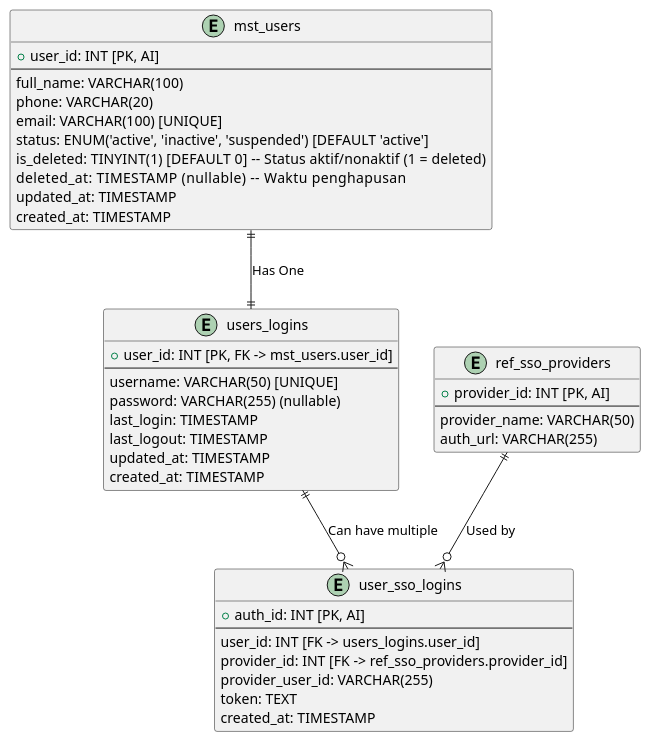
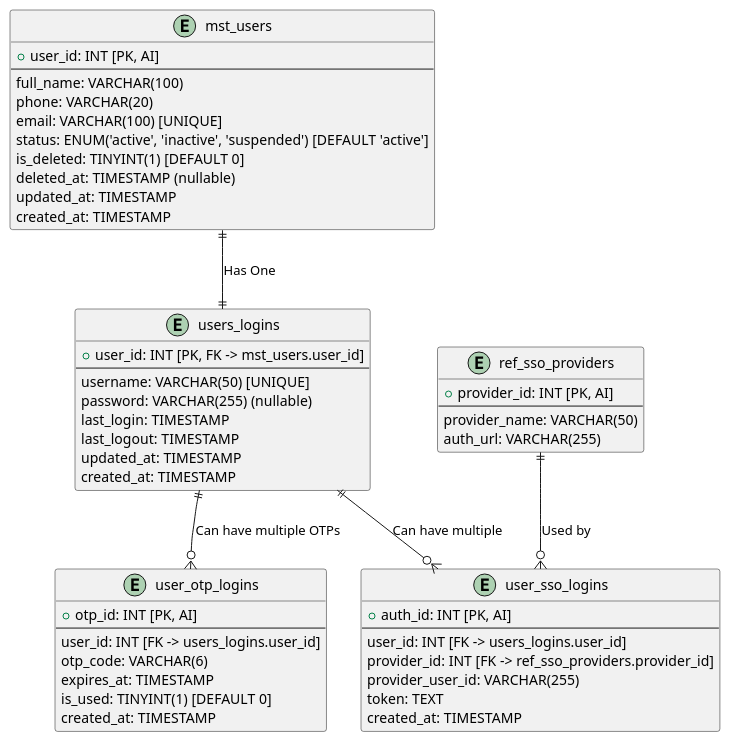
The diagram in Database/login/login.puml (MarioAPasama/my_notes), drawn with PlantUML before and after one commit.

Commit message:
Update login.puml
add tabel user_otp_logins

```diff
--- a/Database/login/login.puml
+++ b/Database/login/login.puml
@@ -1,46 +1,57 @@
 @startuml
 entity mst_users {
     + user_id: INT [PK, AI]
     --
     full_name: VARCHAR(100)
     phone: VARCHAR(20)
     email: VARCHAR(100) [UNIQUE]
     status: ENUM('active', 'inactive', 'suspended') [DEFAULT 'active']
-    is_deleted: TINYINT(1) [DEFAULT 0]   -- Status aktif/nonaktif (1 = deleted)
-    deleted_at: TIMESTAMP (nullable)      -- Waktu penghapusan
+    is_deleted: TINYINT(1) [DEFAULT 0]
+    deleted_at: TIMESTAMP (nullable)
     updated_at: TIMESTAMP
     created_at: TIMESTAMP
 }
 
 entity users_logins {
     + user_id: INT [PK, FK -> mst_users.user_id]
     --
     username: VARCHAR(50) [UNIQUE]
     password: VARCHAR(255) (nullable)
     last_login: TIMESTAMP
     last_logout: TIMESTAMP
     updated_at: TIMESTAMP
     created_at: TIMESTAMP
 }
 
 entity ref_sso_providers {
     + provider_id: INT [PK, AI]
     --
     provider_name: VARCHAR(50)
     auth_url: VARCHAR(255)
 }
 
 entity user_sso_logins {
     + auth_id: INT [PK, AI]
     --
     user_id: INT [FK -> users_logins.user_id]
     provider_id: INT [FK -> ref_sso_providers.provider_id]
     provider_user_id: VARCHAR(255)
     token: TEXT
     created_at: TIMESTAMP
 }
 
+entity user_otp_logins {
+    + otp_id: INT [PK, AI]
+    --
+    user_id: INT [FK -> users_logins.user_id]
+    otp_code: VARCHAR(6)
+    expires_at: TIMESTAMP
+    is_used: TINYINT(1) [DEFAULT 0]
+    created_at: TIMESTAMP
+}
+
 mst_users ||--|| users_logins : "Has One"
 users_logins ||--o{ user_sso_logins : "Can have multiple"
 ref_sso_providers ||--o{ user_sso_logins : "Used by"
+users_logins ||--o{ user_otp_logins : "Can have multiple OTPs"
 @enduml
```
